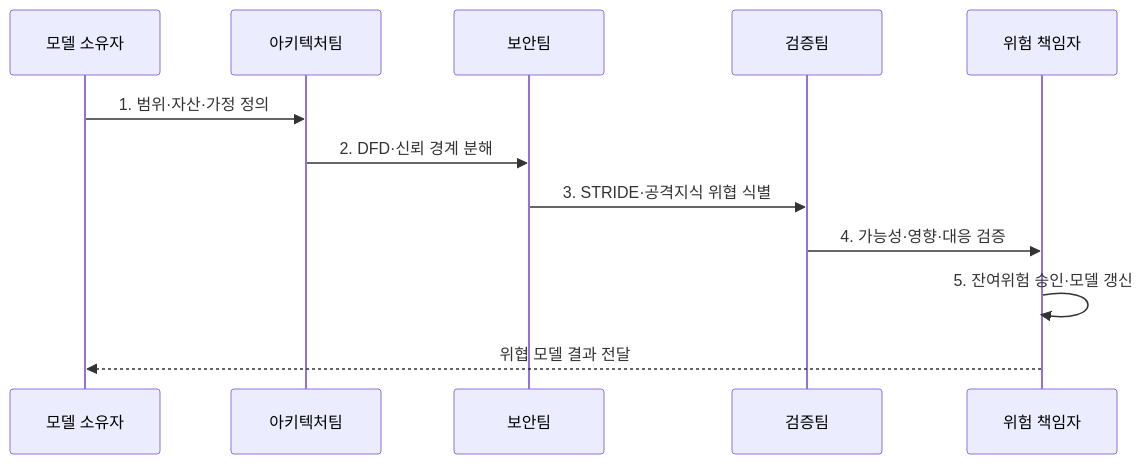
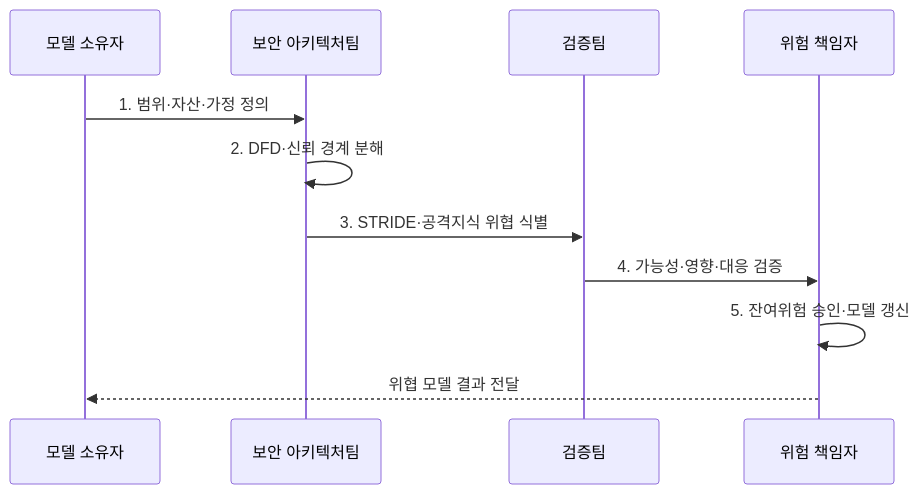
One commit to agnusdei1207/knowledge-base changed the second of 2 diagrams in src/content/docs/notes/05-security/146_threat_modeling_stride.md. Above: the diagram before and after it, drawn with Mermaid. The commit also changed 5 other files, not shown here.

Commit message:
Simplify security architecture sequences

````diff
--- a/src/content/docs/notes/05-security/146_threat_modeling_stride.md
+++ b/src/content/docs/notes/05-security/146_threat_modeling_stride.md
@@ -96,14 +96,13 @@
 ```mermaid
 sequenceDiagram
   participant O as 모델 소유자
-  participant A as 아키텍처팀
-  participant S as 보안팀
+  participant S as 보안 아키텍처팀
   participant V as 검증팀
   participant R as 위험 책임자
-  O->>A: 1. 범위·자산·가정 정의
-  A->>S: 2. DFD·신뢰 경계 분해
+  O->>S: 1. 범위·자산·가정 정의
+  S->>S: 2. DFD·신뢰 경계 분해
   S->>V: 3. STRIDE·공격지식 위협 식별
   V->>R: 4. 가능성·영향·대응 검증
   R->>R: 5. 잔여위험 승인·모델 갱신
   R-->>O: 위협 모델 결과 전달
 ```
````
